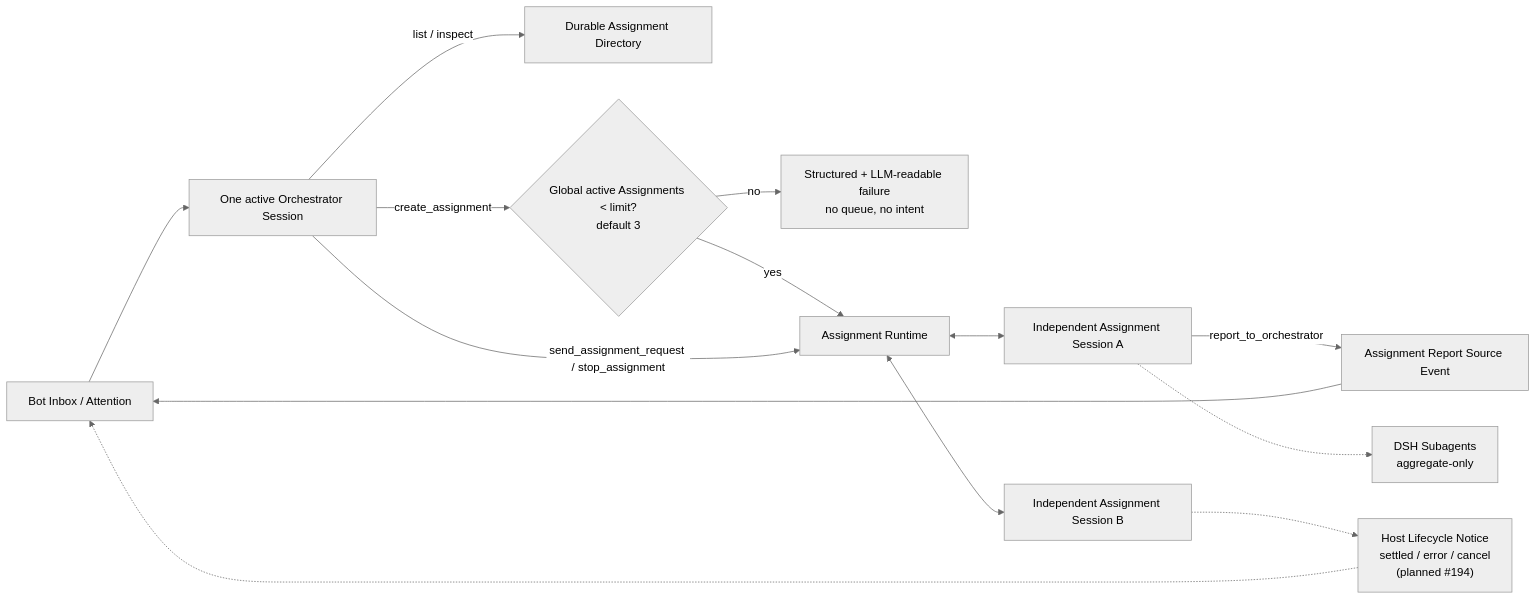
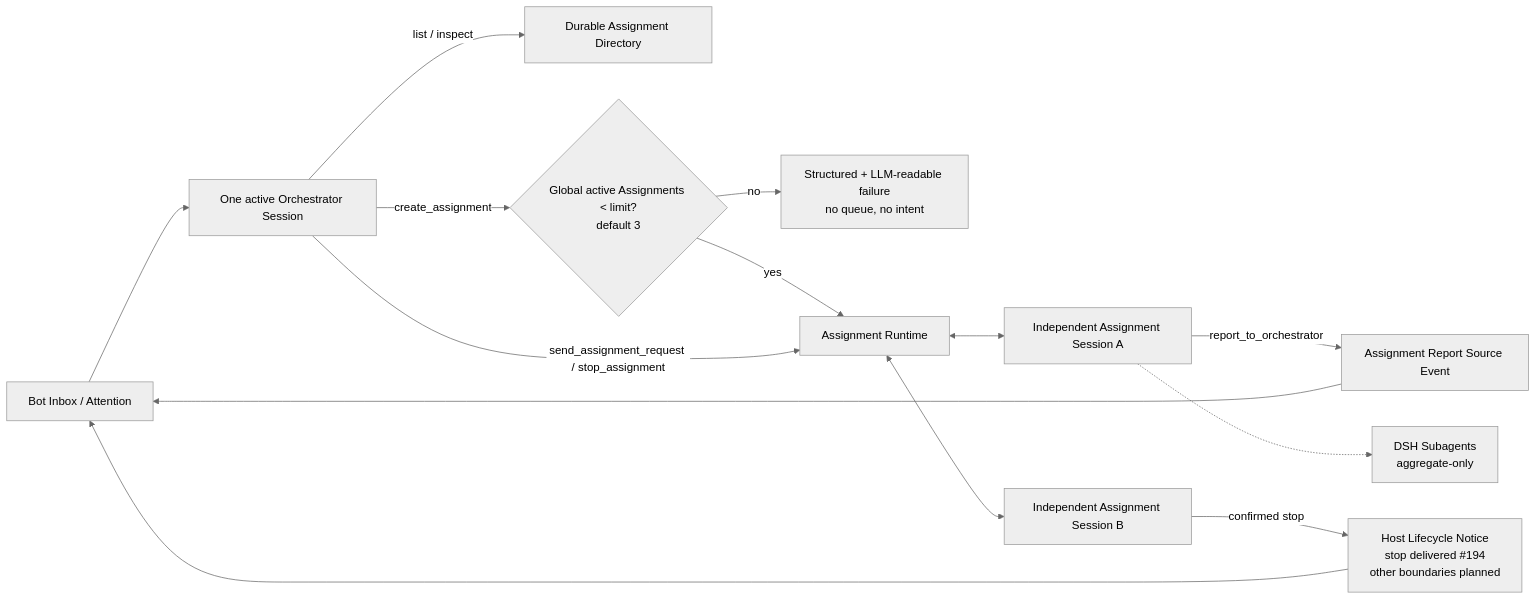
One commit to BotHarness/BotHarness changed the fifth of 6 diagrams in docs/architecture/botharness-architecture.md. Above: the diagram before and after it, drawn with Mermaid (neutral theme). The commit also changed other lines of this file and 11 other files, not shown here.

First line of the commit message:
feat: deliver Host stop lifecycle notice (#194)

````diff
--- a/docs/architecture/botharness-architecture.md
+++ b/docs/architecture/botharness-architecture.md
@@ -210,16 +210,16 @@
 ```mermaid
 flowchart LR
   Inbox["Bot Inbox / Attention"] --> O["One active Orchestrator Session"]
   O -->|"list / inspect"| Dir["Durable Assignment Directory"]
   O -->|"create_assignment"| Gate{"Global active Assignments < limit?<br/>default 3"}
   Gate -- "no" --> Error["Structured + LLM-readable failure<br/>no queue, no intent"]
   Gate -- "yes" --> Runtime["Assignment Runtime"]
   O -->|"send_assignment_request / stop_assignment"| Runtime
   Runtime <--> W1["Independent Assignment Session A"]
   Runtime <--> W2["Independent Assignment Session B"]
   W1 -->|"report_to_orchestrator"| Report["Assignment Report Source Event"]
-  W2 -.-> Notice["Host Lifecycle Notice<br/>settled / error / cancel<br/>(planned #194)"]
+  W2 -->|"confirmed stop"| Notice["Host Lifecycle Notice<br/>stop delivered #194<br/>other boundaries planned"]
   Report --> Inbox
-  Notice -.-> Inbox
+  Notice --> Inbox
   W1 -.-> Sub["DSH Subagents<br/>aggregate-only"]
 ```
````
